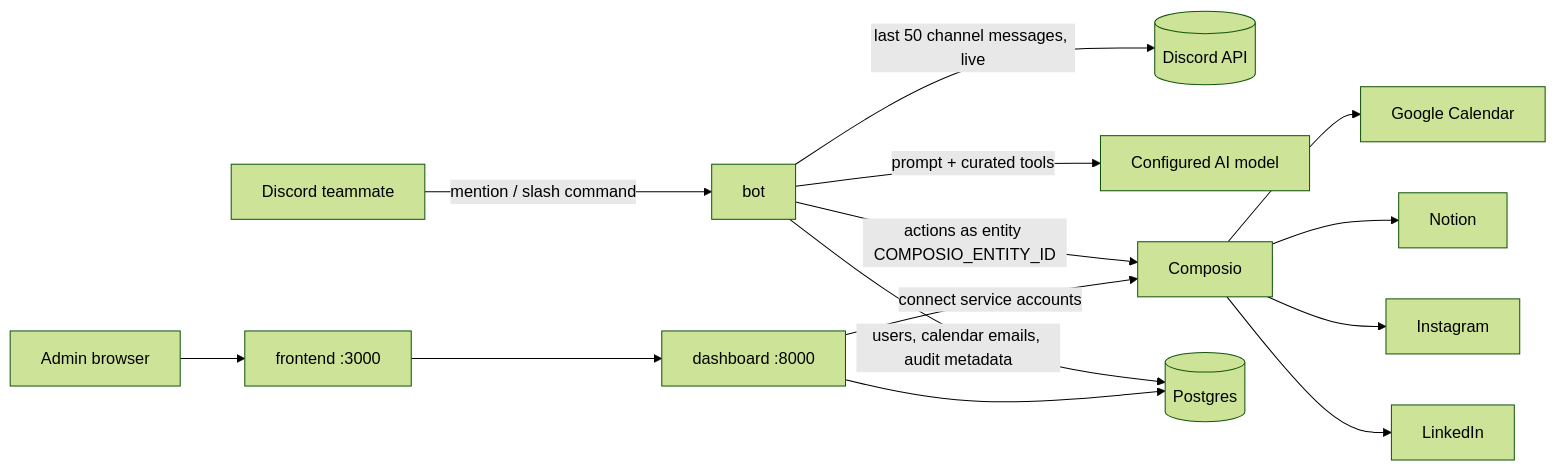
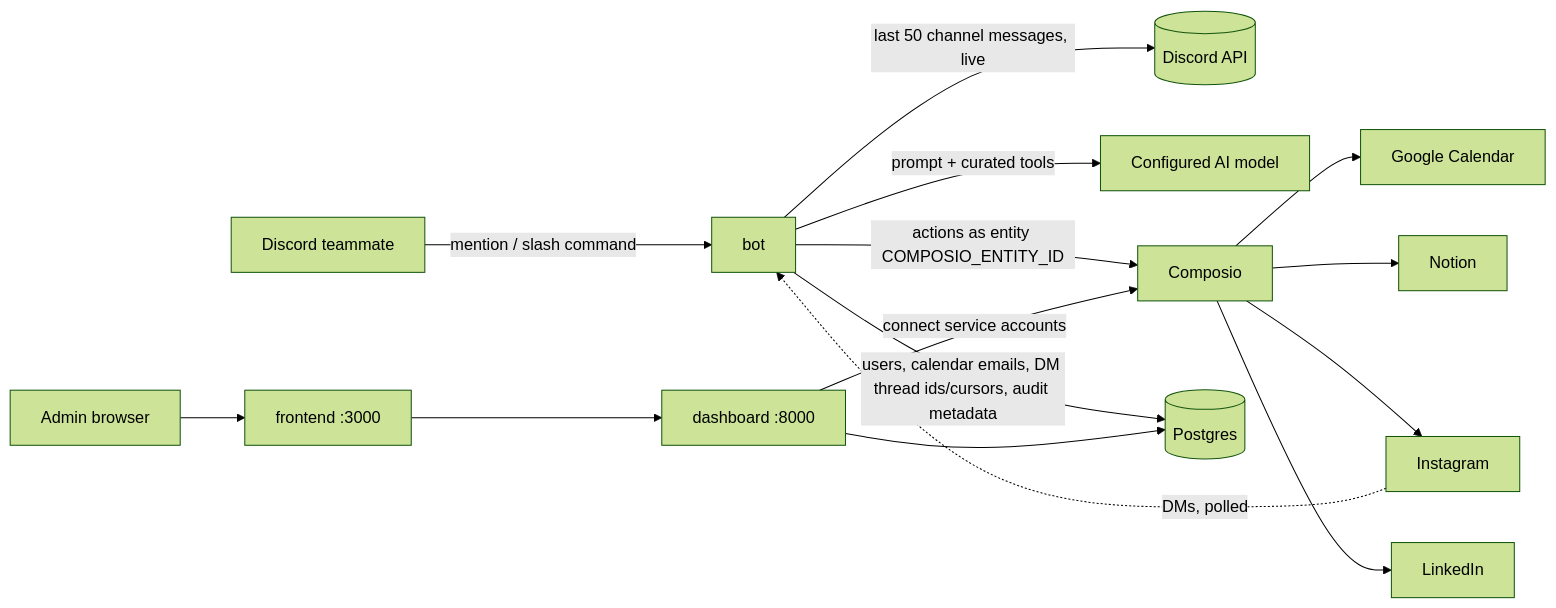
One commit to Phytonking/dobby changed the diagram in ARCHITECTURE.md. Above: the diagram before and after it, drawn with Mermaid (forest theme). The commit also changed other lines of this file and 2 other files, not shown here.

````diff
--- a/ARCHITECTURE.md
+++ b/ARCHITECTURE.md
@@ -11,15 +11,16 @@
 ```mermaid
 flowchart LR
     U[Discord teammate] -->|mention / slash command| B[bot]
     B -->|last 50 channel messages, live| D[(Discord API)]
     B -->|prompt + curated tools| G[Configured AI model]
     B -->|actions as entity COMPOSIO_ENTITY_ID| C[Composio]
     C --> GC[Google Calendar]
     C --> N[Notion]
     C --> IG[Instagram]
     C --> LI[LinkedIn]
-    B -->|users, calendar emails, audit metadata| P[(Postgres)]
+    IG -.->|DMs, polled| B
+    B -->|users, calendar emails, DM thread ids/cursors, audit metadata| P[(Postgres)]
     A[Admin browser] --> F[frontend :3000] --> API[dashboard :8000]
     API --> P
     API -->|connect service accounts| C
 ```
````
